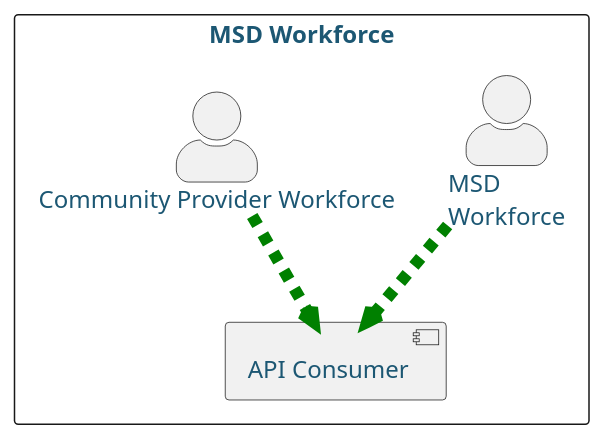
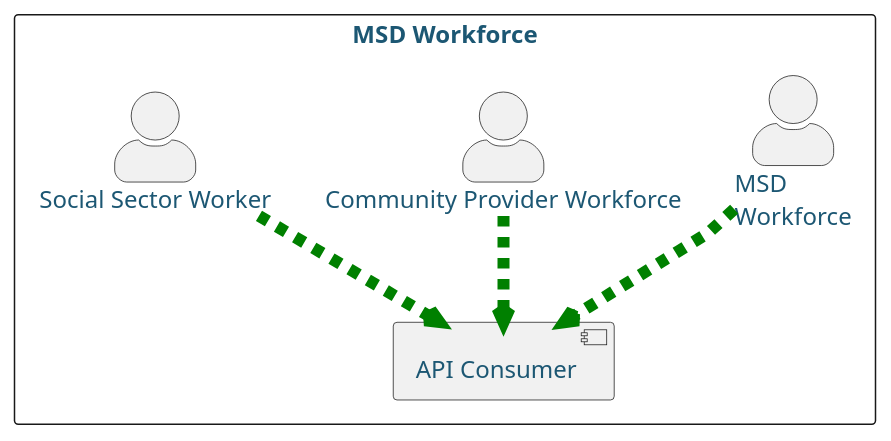
One commit to MiddlewareNewZealand/msd-api-standards changed the fourth of 5 diagrams in docs/api-concepts/05-standards-component-definitions.md. Above: the diagram before and after it, drawn with PlantUML. The commit also changed other lines of this file and 15 other files, not shown here.

Commit message:
add new diagrams

````diff
--- a/docs/api-concepts/05-standards-component-definitions.md
+++ b/docs/api-concepts/05-standards-component-definitions.md
@@ -150,23 +152,25 @@
 ```plantuml alt="Diagram showing MSD Workforce API consumption"
 @startuml
 
 skinparam {
     defaultFontColor #1c5773
     defaultBackgroundColor #d7f8ff
     defaultComponentColour #61d9de
     defaultActorColour #61d9de
     defaultFontSize 16
     defaultArrowThickness 6
     actorStyle awesome
     linetype polyline
 }
 
 rectangle "MSD Workforce"  as HWF {
     actor "MSD\nWorkforce" as TWOWF
     actor "Community Provider Workforce" as PW
+    actor "Social Sector Worker" as SSW
     component "API Consumer" as AC
     TWOWF .[#green,dashed,thickness=8].> AC
     PW .[#green,dashed,thickness=8].> AC
+    SSW .[#green,dashed,thickness=8].> AC
 }
 @enduml
 ```
````
